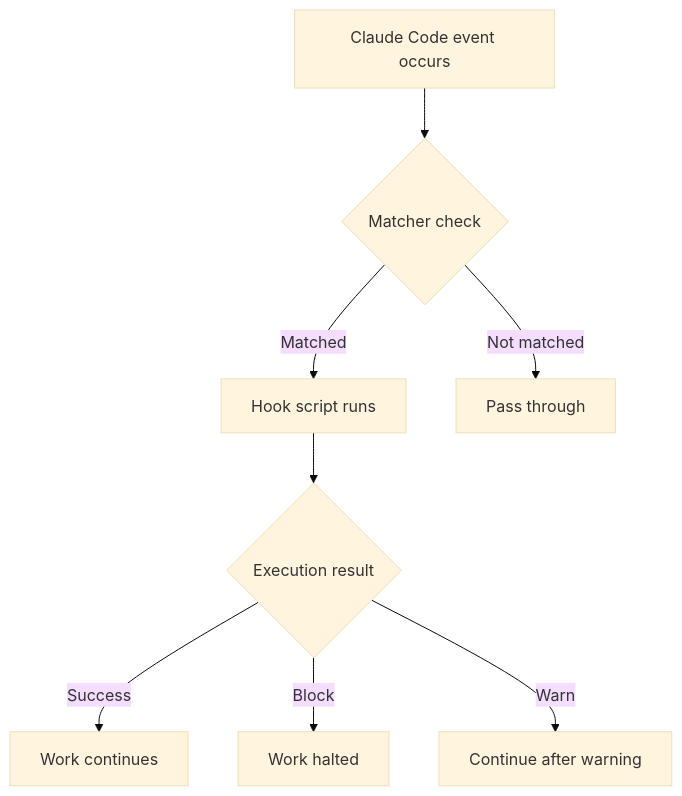
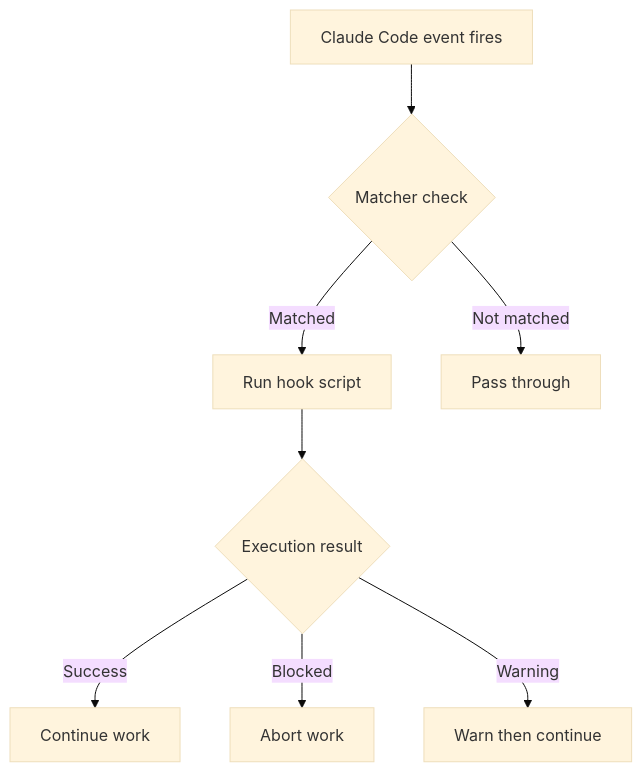
Before and after one commit to modu-ai/moai-adk: the first of 2 diagrams in docs-site/content/en/advanced/hooks-guide.md, drawn with Mermaid (base theme). The commit also changed other lines of this file and 180 other files, not shown here.

````diff
--- a/docs-site/content/en/advanced/hooks-guide.md
+++ b/docs-site/content/en/advanced/hooks-guide.md
@@ -19,12 +19,12 @@
 ```mermaid
 flowchart TD
-    EVENT["Claude Code event occurs"] --> MATCH{Matcher check}
+    EVENT["Claude Code event fires"] --> MATCH{Matcher check}
 
-    MATCH -->|Matched| HOOK["Hook script runs"]
+    MATCH -->|Matched| HOOK["Run hook script"]
     MATCH -->|Not matched| SKIP["Pass through"]
 
     HOOK --> RESULT{Execution result}
-    RESULT -->|Success| CONTINUE["Work continues"]
-    RESULT -->|Block| BLOCK["Work halted"]
-    RESULT -->|Warn| WARN["Continue after warning"]
+    RESULT -->|Success| CONTINUE["Continue work"]
+    RESULT -->|Blocked| BLOCK["Abort work"]
+    RESULT -->|Warning| WARN["Warn then continue"]
 ```
````
